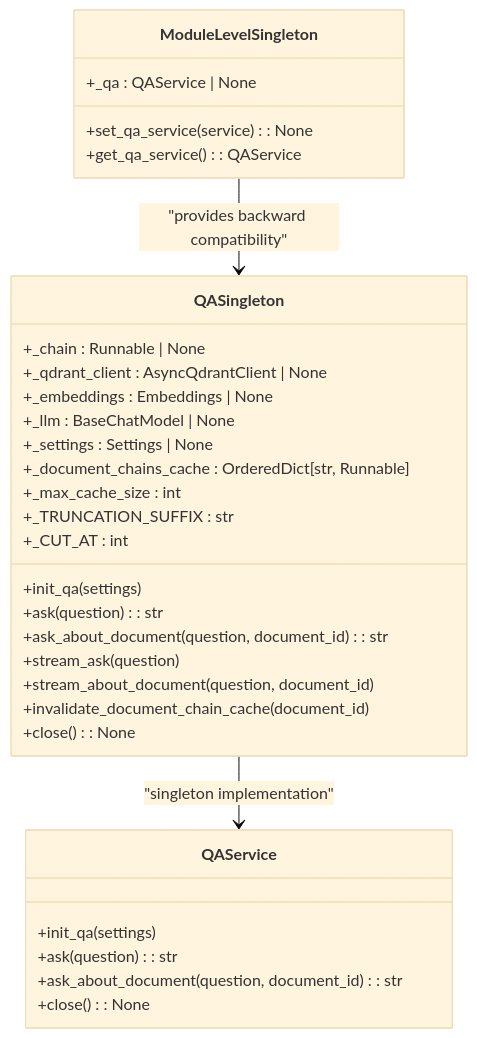
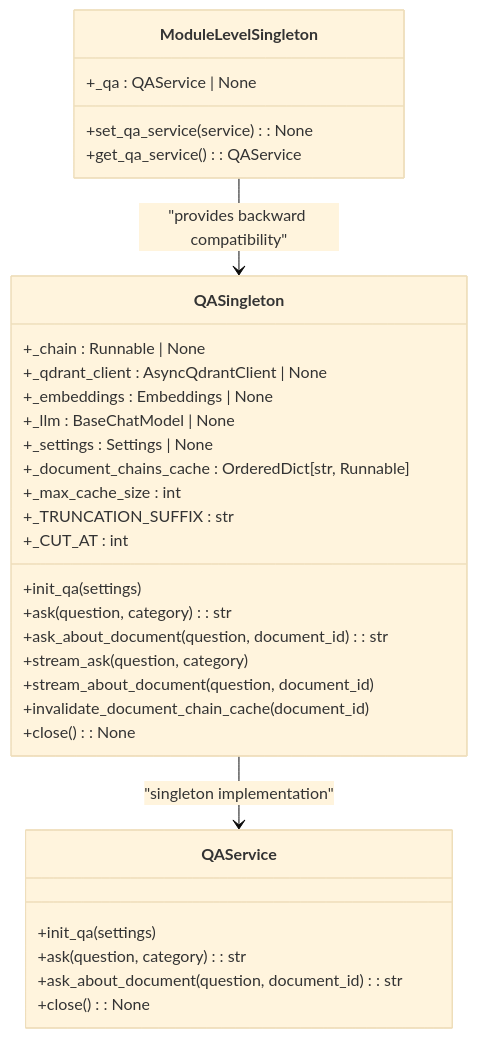
Before and after one commit to ognelis/cafetera_hr_bot: the seventh of 7 diagrams in .qoder/repowiki/en/content/RAG Integration/RAG Integration.md, drawn with Mermaid (base theme). The commit also changed other lines of this file and 27 other files, not shown here.

````diff
--- a/.qoder/repowiki/en/content/RAG Integration/RAG Integration.md
+++ b/.qoder/repowiki/en/content/RAG Integration/RAG Integration.md
@@ -606,34 +728,34 @@
 ```mermaid
 classDiagram
 class QASingleton {
 +_chain : Runnable | None
 +_qdrant_client : AsyncQdrantClient | None
 +_embeddings : Embeddings | None
 +_llm : BaseChatModel | None
 +_settings : Settings | None
 +_document_chains_cache : OrderedDict[str, Runnable]
 +_max_cache_size : int
 +_TRUNCATION_SUFFIX : str
 +_CUT_AT : int
 +init_qa(settings)
-+ask(question) : str
++ask(question, category) : str
 +ask_about_document(question, document_id) : str
-+stream_ask(question)
++stream_ask(question, category)
 +stream_about_document(question, document_id)
 +invalidate_document_chain_cache(document_id)
 +close() : None
 }
 class ModuleLevelSingleton {
 +_qa : QAService | None
 +set_qa_service(service) : None
 +get_qa_service() : QAService
 }
 class QAService {
 +init_qa(settings)
-+ask(question) : str
++ask(question, category) : str
 +ask_about_document(question, document_id) : str
 +close() : None
 }
 QASingleton --> QAService : "singleton implementation"
 ModuleLevelSingleton --> QASingleton : "provides backward compatibility"
 ```
````
